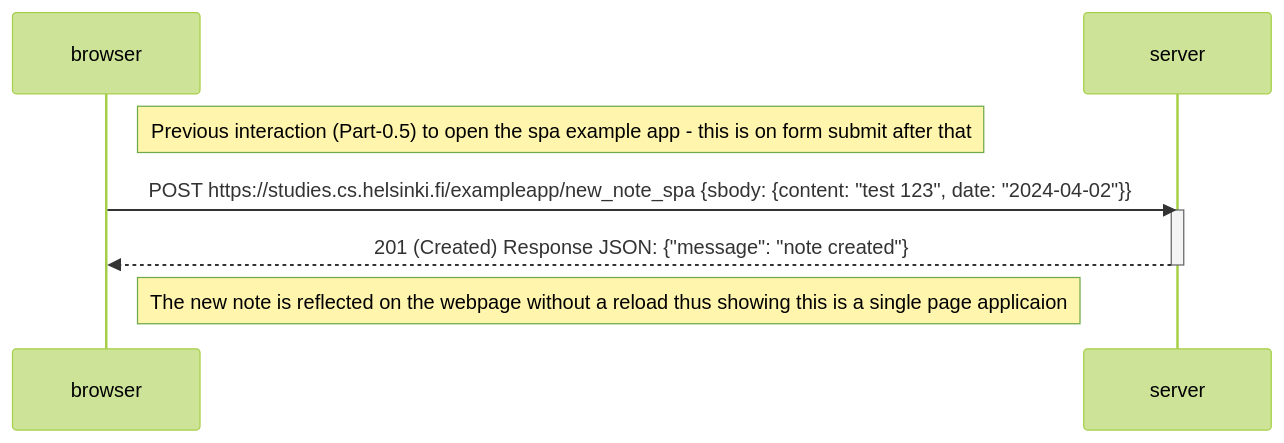
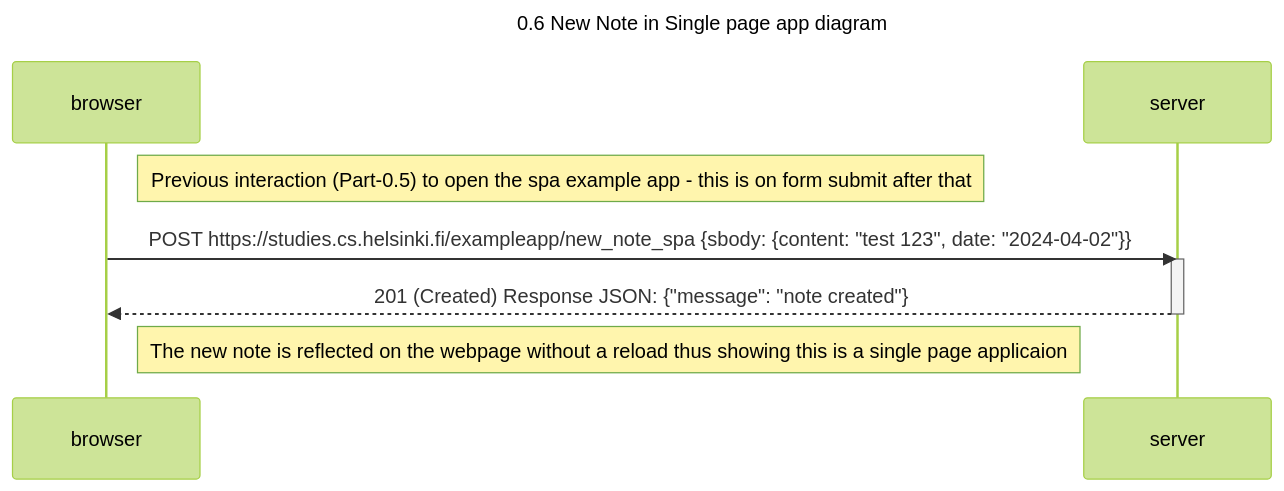
The diagram in part-0/part-0.6.md (ny009/full-stack-open), drawn with Mermaid (forest theme) before and after one commit. The commit also changed 2 other files, not shown here.

Commit message:
giving titles for better viewing experience

````diff
--- a/part-0/part-0.6.md
+++ b/part-0/part-0.6.md
@@ -1,14 +1,16 @@
 ``` mermaid
 sequenceDiagram
+    Title: 0.6 New Note in Single page app diagram
+
     participant browser
     participant server
 
     Note right of browser: Previous interaction (Part-0.5) to open the spa example app - this is on form submit after that
 
     browser->>server: POST https://studies.cs.helsinki.fi/exampleapp/new_note_spa {sbody: {content: "test 123", date: "2024-04-02"}}
     activate server
     server-->>browser: 201 (Created) Response JSON: {"message": "note created"}
     deactivate server
 
     Note right of browser: The new note is reflected on the webpage without a reload thus showing this is a single page applicaion
   ```
````
